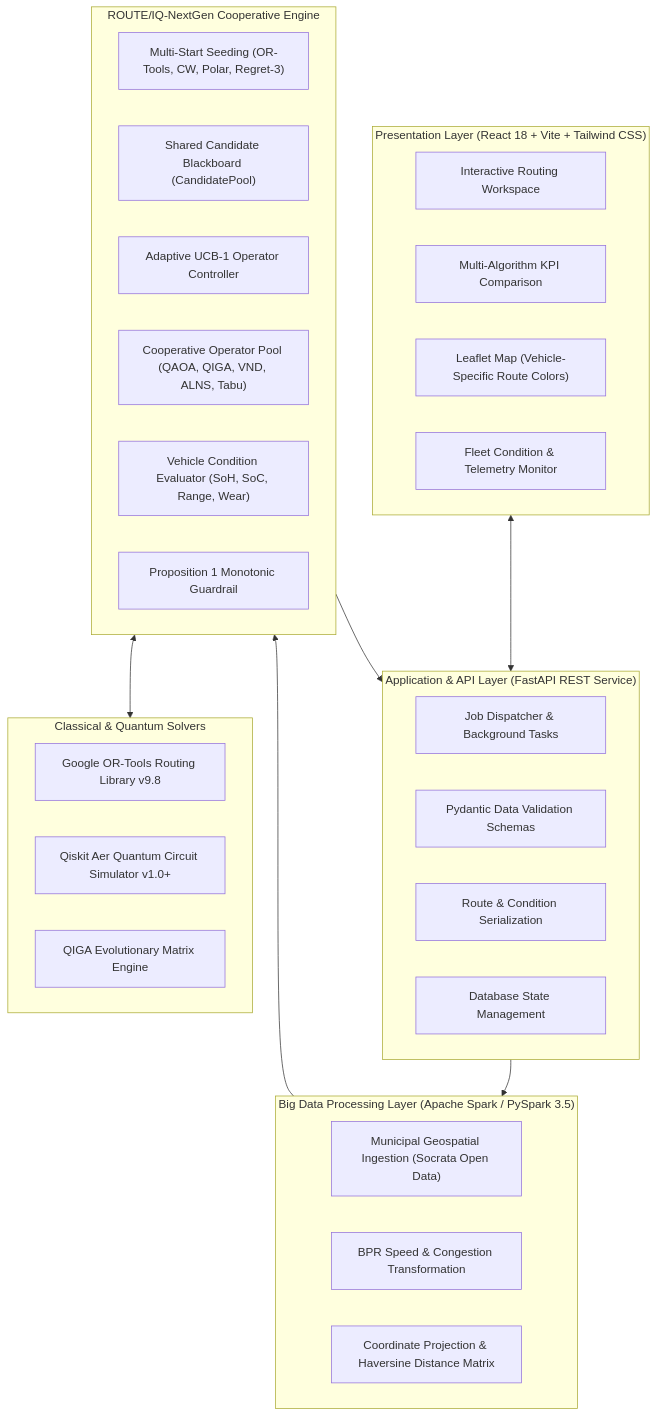
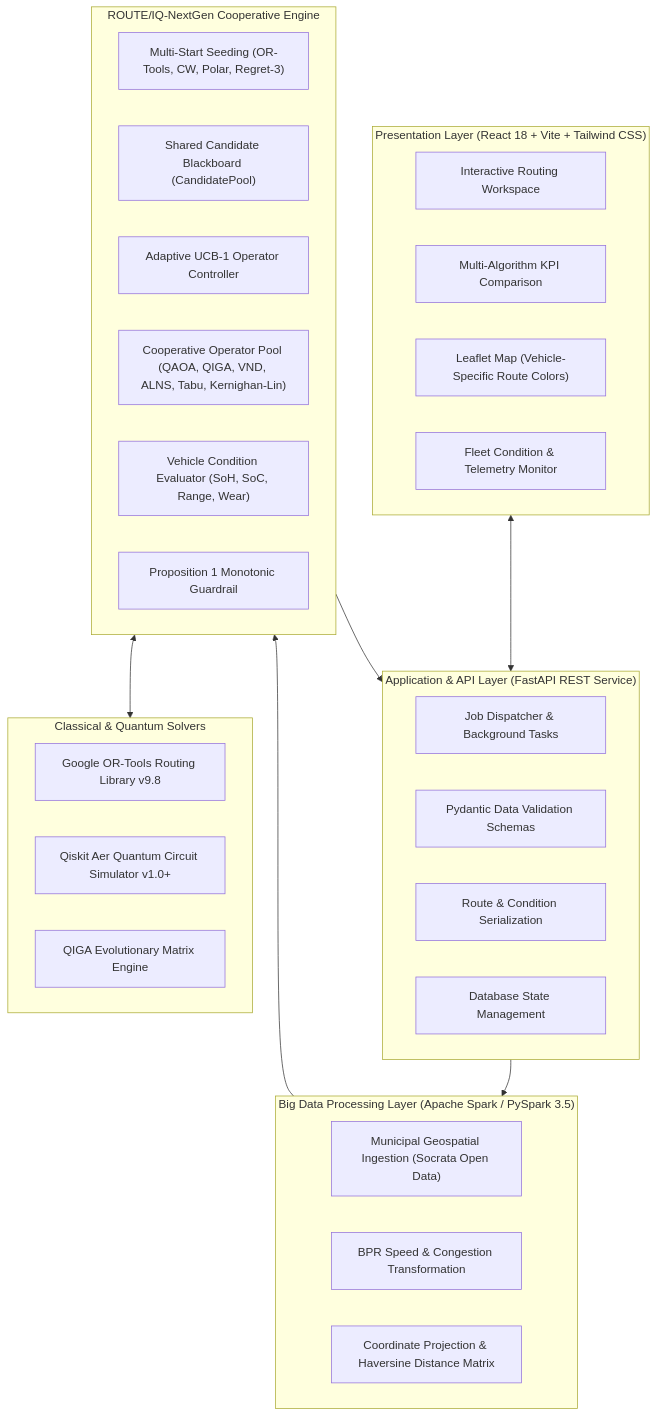
One commit to zoro-hue/smart-delivery-route-optimization changed the first of 3 diagrams in README.md. Above: the diagram before and after it, drawn with Mermaid. The commit also changed other lines of this file and 1 other file, not shown here.

Commit message:
docs: update README with verified NextGen cooperative architecture

````diff
--- a/README.md
+++ b/README.md
@@ -65,43 +65,43 @@
 ```mermaid
 flowchart TD
     subgraph UI["Presentation Layer (React 18 + Vite + Tailwind CSS)"]
         A1["Interactive Routing Workspace"]
         A2["Multi-Algorithm KPI Comparison"]
         A3["Leaflet Map (Vehicle-Specific Route Colors)"]
         A4["Fleet Condition & Telemetry Monitor"]
     end
 
     subgraph API["Application & API Layer (FastAPI REST Service)"]
         B1["Job Dispatcher & Background Tasks"]
         B2["Pydantic Data Validation Schemas"]
         B3["Route & Condition Serialization"]
         B4["Database State Management"]
     end
 
     subgraph BIGDATA["Big Data Processing Layer (Apache Spark / PySpark 3.5)"]
         C1["Municipal Geospatial Ingestion (Socrata Open Data)"]
         C2["BPR Speed & Congestion Transformation"]
         C3["Coordinate Projection & Haversine Distance Matrix"]
     end
 
     subgraph ENGINE["ROUTE/IQ-NextGen Cooperative Engine"]
         D1["Multi-Start Seeding (OR-Tools, CW, Polar, Regret-3)"]
         D2["Shared Candidate Blackboard (CandidatePool)"]
         D3["Adaptive UCB-1 Operator Controller"]
-        D4["Cooperative Operator Pool (QAOA, QIGA, VND, ALNS, Tabu)"]
+        D4["Cooperative Operator Pool (QAOA, QIGA, VND, ALNS, Tabu, Kernighan-Lin)"]
         D5["Vehicle Condition Evaluator (SoH, SoC, Range, Wear)"]
         D6["Proposition 1 Monotonic Guardrail"]
     end
 
     subgraph CLASSSOLV["Classical & Quantum Solvers"]
         E1["Google OR-Tools Routing Library v9.8"]
         E2["Qiskit Aer Quantum Circuit Simulator v1.0+"]
         E3["QIGA Evolutionary Matrix Engine"]
     end
 
     UI <--> API
     API --> BIGDATA
     BIGDATA --> ENGINE
     ENGINE <--> CLASSSOLV
     ENGINE --> API
 ```
````
